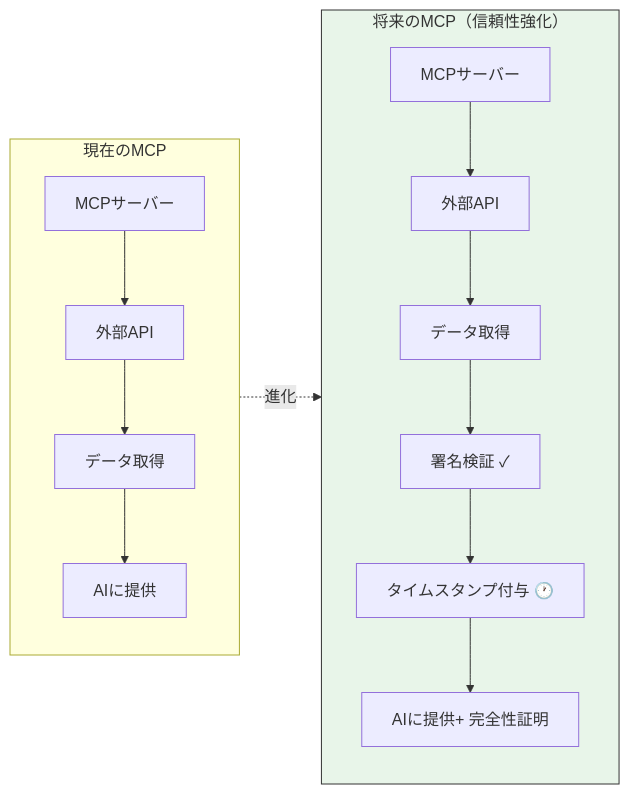
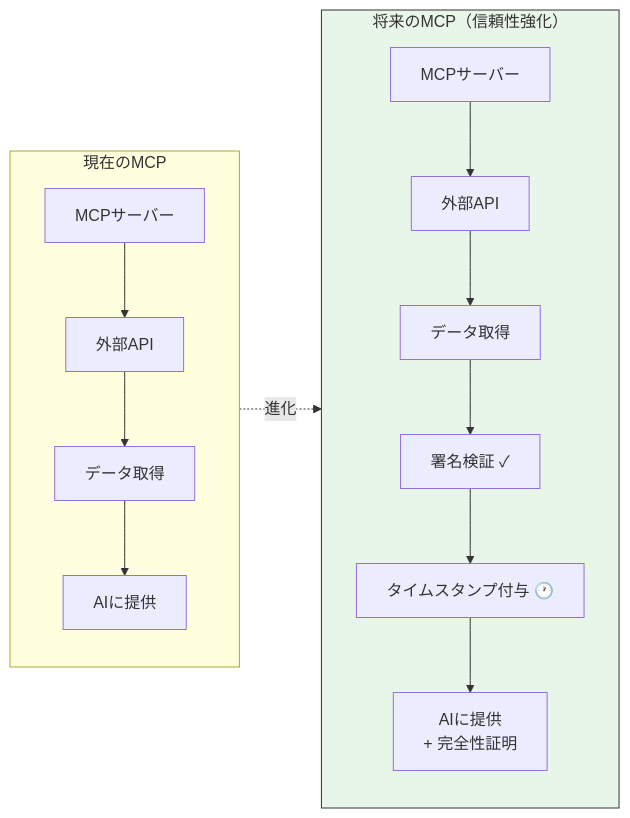
The ninth of 10 diagrams in docs/ja/concepts/05-solving-ai-limitations.md (shuji-bonji/ai-agent-architecture), drawn with Mermaid before and after one commit. The commit also changed other lines of this file and 8 other files, not shown here.

````diff
--- a/docs/ja/concepts/05-solving-ai-limitations.md
+++ b/docs/ja/concepts/05-solving-ai-limitations.md
@@ -351,22 +351,22 @@
 ```mermaid
 flowchart LR
     subgraph CURRENT["現在のMCP"]
         direction TB
         C1["MCPサーバー"] --> C2["外部API"]
         C2 --> C3["データ取得"]
         C3 --> C4["AIに提供"]
     end
 
     subgraph FUTURE["将来のMCP（信頼性強化）"]
         direction TB
         F1["MCPサーバー"] --> F2["外部API"]
         F2 --> F3["データ取得"]
         F3 --> F4["署名検証 ✓"]
         F4 --> F5["タイムスタンプ付与 🕐"]
-        F5 --> F6["AIに提供<bn>+ 完全性証明"]
+        F5 --> F6["AIに提供<br>+ 完全性証明"]
     end
 
     CURRENT -.->|"進化"| FUTURE
 
     style FUTURE fill:#e8f5e9,color:#333,stroke:#333
 ```
````
